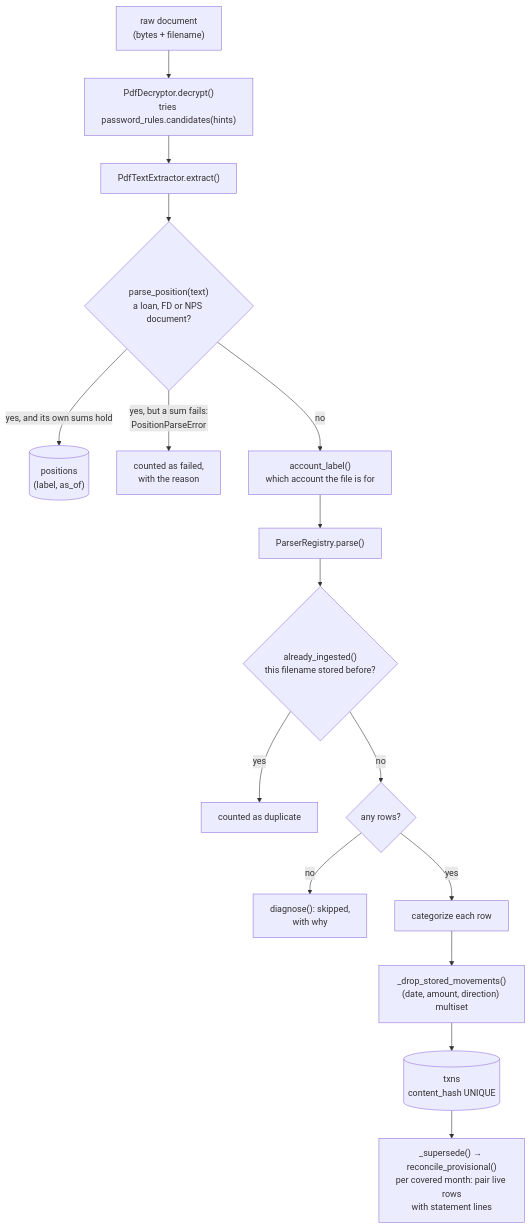
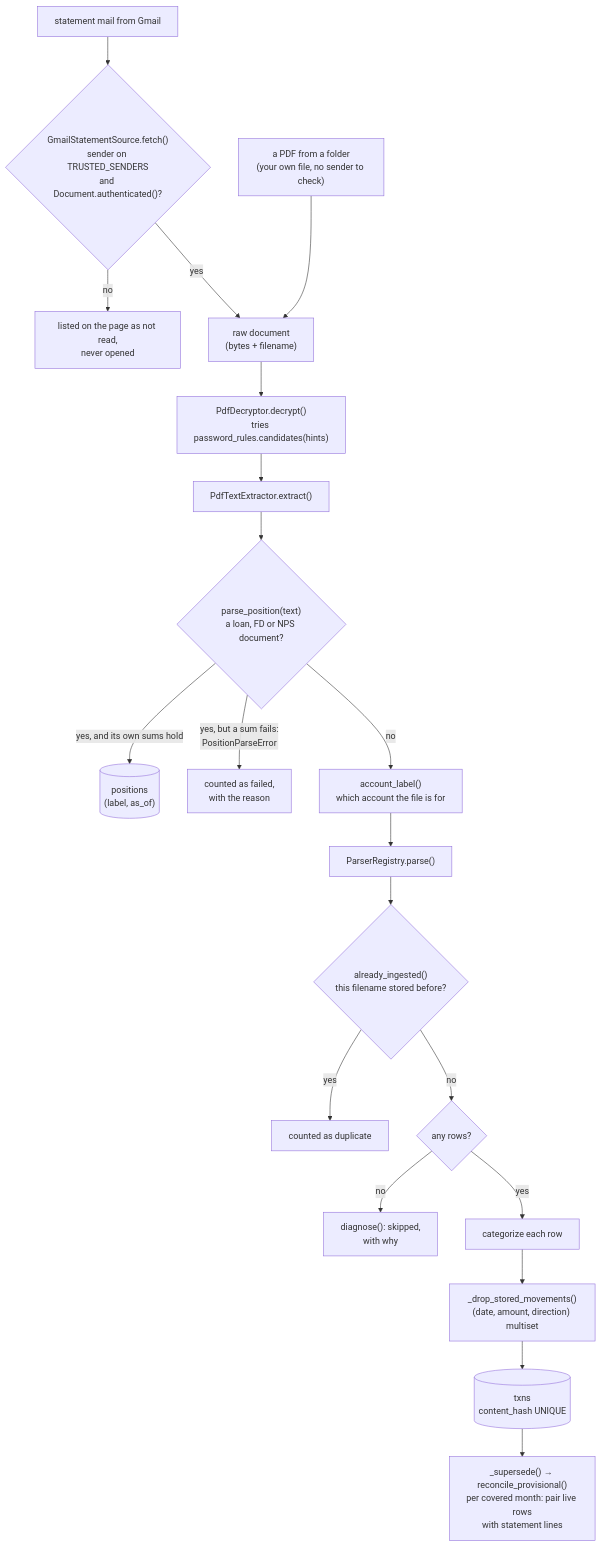
The third of 9 diagrams in docs/ARCHITECTURE.md (udaysrinu/StatementLens), drawn with Mermaid before and after one commit. The commit also changed other lines of this file and 10 other files, not shown here.

First line of the commit message:
Read a statement only when Gmail's own server vouches for its sender

````diff
--- a/docs/ARCHITECTURE.md
+++ b/docs/ARCHITECTURE.md
@@ -95,18 +95,22 @@
 ```mermaid
 flowchart TB
+  mail["statement mail from Gmail"] --> gate{"GmailStatementSource.fetch()<br/>sender on TRUSTED_SENDERS<br/>and Document.authenticated()?"}
+  gate -- "no" --> refused["listed on the page as not read,<br/>never opened"]
+  gate -- "yes" --> raw
+  folder["a PDF from a folder<br/>(your own file, no sender to check)"] --> raw
   raw["raw document<br/>(bytes + filename)"] --> dec["PdfDecryptor.decrypt()<br/>tries password_rules.candidates(hints)"]
   dec --> ext["PdfTextExtractor.extract()"]
   ext --> pos{"parse_position(text)<br/>a loan, FD or NPS document?"}
   pos -- "yes, and its own sums hold" --> savep[("positions<br/>(label, as_of)")]
   pos -- "yes, but a sum fails:<br/>PositionParseError" --> err["counted as failed,<br/>with the reason"]
   pos -- "no" --> lab["account_label()<br/>which account the file is for"]
   lab --> reg["ParserRegistry.parse()"]
   reg --> seen{"already_ingested()<br/>this filename stored before?"}
   seen -- "yes" --> dup["counted as duplicate"]
   seen -- "no" --> empty{"any rows?"}
   empty -- "no" --> diag["diagnose(): skipped,<br/>with why"]
   empty -- "yes" --> cat["categorize each row"]
   cat --> mv["_drop_stored_movements()<br/>(date, amount, direction) multiset"]
   mv --> save[("txns<br/>content_hash UNIQUE")]
   save --> rec["_supersede() → reconcile_provisional()<br/>per covered month: pair live rows<br/>with statement lines"]
 ```
````
